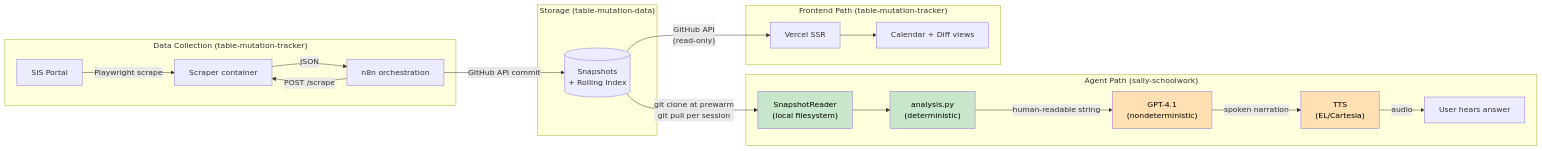
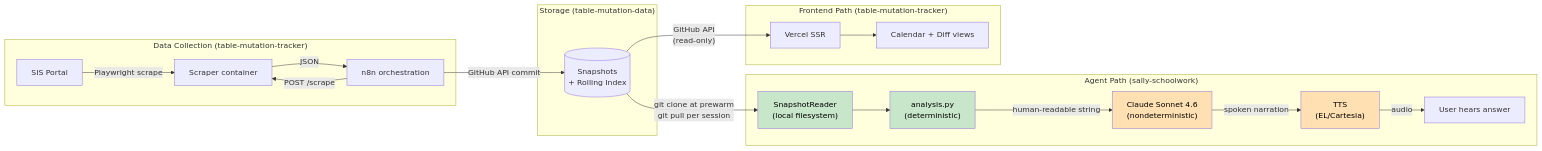
The third of 3 diagrams in docs/ARCHITECTURE.md (dlasley/sally-schoolwork), drawn with Mermaid before and after one commit. The commit also changed other lines of this file and 12 other files, not shown here.

````diff
--- a/docs/ARCHITECTURE.md
+++ b/docs/ARCHITECTURE.md
@@ -271,30 +271,30 @@
 ```mermaid
 flowchart LR
     subgraph Collection["Data Collection (table-mutation-tracker)"]
         SIS["SIS Portal"] -->|"Playwright scrape"| Scraper["Scraper container"]
         n8n["n8n orchestration"] -->|"POST /scrape"| Scraper
         Scraper -->|"JSON"| n8n
     end
 
     subgraph Storage["Storage (table-mutation-data)"]
         n8n -->|"GitHub API commit"| DataRepo[("Snapshots\n+ Rolling Index")]
     end
 
     subgraph AgentPath["Agent Path (sally-schoolwork)"]
         DataRepo -->|"git clone at prewarm\ngit pull per session"| Reader["SnapshotReader\n(local filesystem)"]
         Reader --> Analysis["analysis.py\n(deterministic)"]
-        Analysis -->|"human-readable string"| LLM["GPT-4.1\n(nondeterministic)"]
+        Analysis -->|"human-readable string"| LLM["Claude Sonnet 4.6\n(nondeterministic)"]
         LLM -->|"spoken narration"| TTS["TTS\n(EL/Cartesia)"]
         TTS -->|"audio"| User["User hears answer"]
     end
 
     subgraph FrontendPath["Frontend Path (table-mutation-tracker)"]
         DataRepo -->|"GitHub API\n(read-only)"| Vercel["Vercel SSR"]
         Vercel --> CalUI["Calendar + Diff views"]
     end
 
     style Analysis fill:#c8e6c9,color:#000
     style Reader fill:#c8e6c9,color:#000
     style LLM fill:#ffe0b2,color:#000
     style TTS fill:#ffe0b2,color:#000
 ```
````
